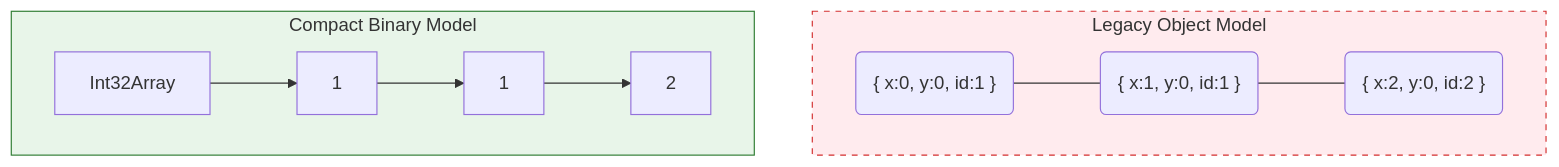
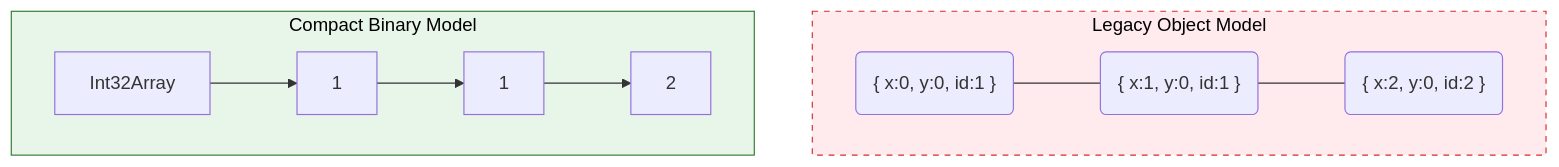
Before and after one commit to AbhinavGontu/ColorCraftInteractive: the fifth of 6 diagrams in documentation.md, drawn with Mermaid.

Commit message:
Docs: Force black text for Mermaid subgraph headings

````diff
--- a/documentation.md
+++ b/documentation.md
@@ -201,15 +201,15 @@
 ```mermaid
 graph TB
     subgraph Rejected_Memory_Model [Legacy Object Model]
         direction LR
         Obj1("{ x:0, y:0, id:1 }") --- Obj2("{ x:1, y:0, id:1 }")
         Obj2 --- Obj3("{ x:2, y:0, id:2 }")
-        style Rejected_Memory_Model fill:#ffebee,stroke:#d32f2f,stroke-dasharray: 5 5
+        style Rejected_Memory_Model fill:#ffebee,stroke:#d32f2f,stroke-dasharray: 5 5,color:#000000
     end
     
     subgraph Adopted_Memory_Model [Compact Binary Model]
         direction LR
         Buffer[Int32Array] --> Val1[1] --> Val2[1] --> Val3[2]
-        style Adopted_Memory_Model fill:#e8f5e9,stroke:#2e7d32
+        style Adopted_Memory_Model fill:#e8f5e9,stroke:#2e7d32,color:#000000
     end
 ```
````
